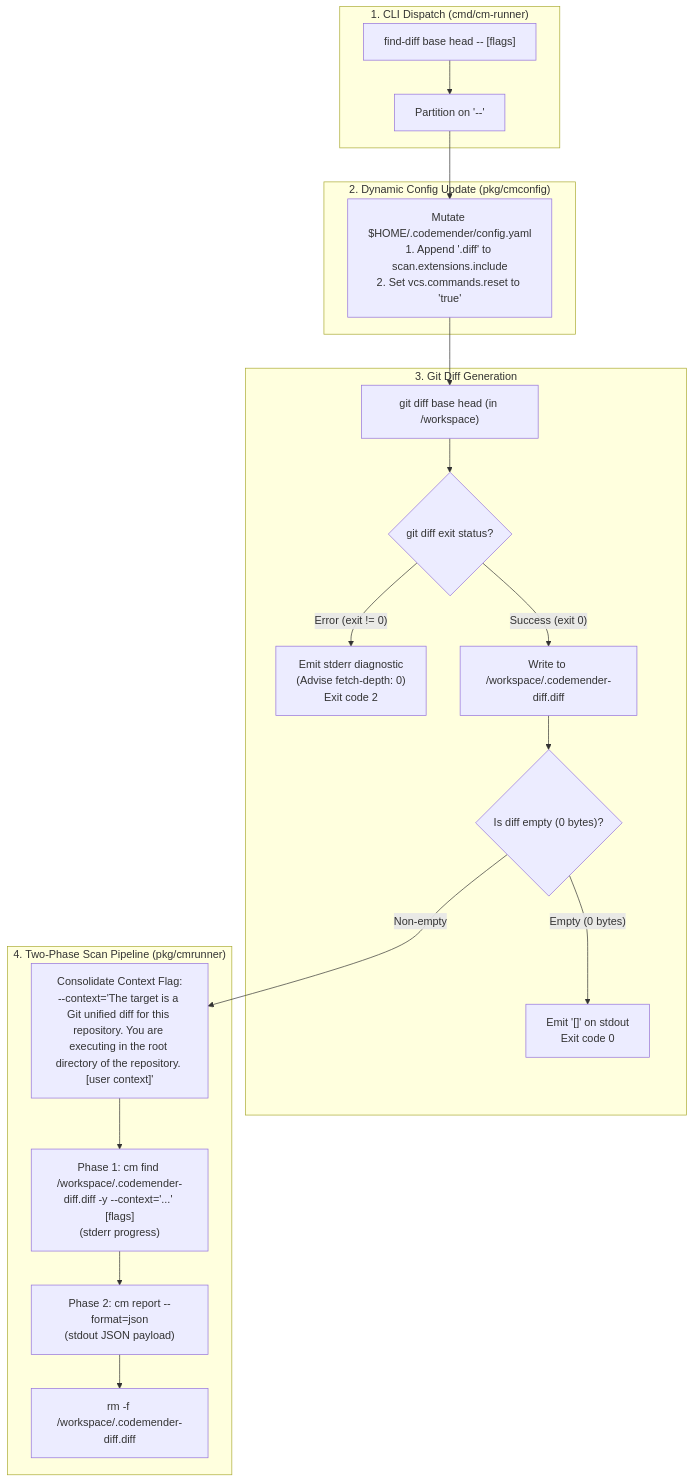
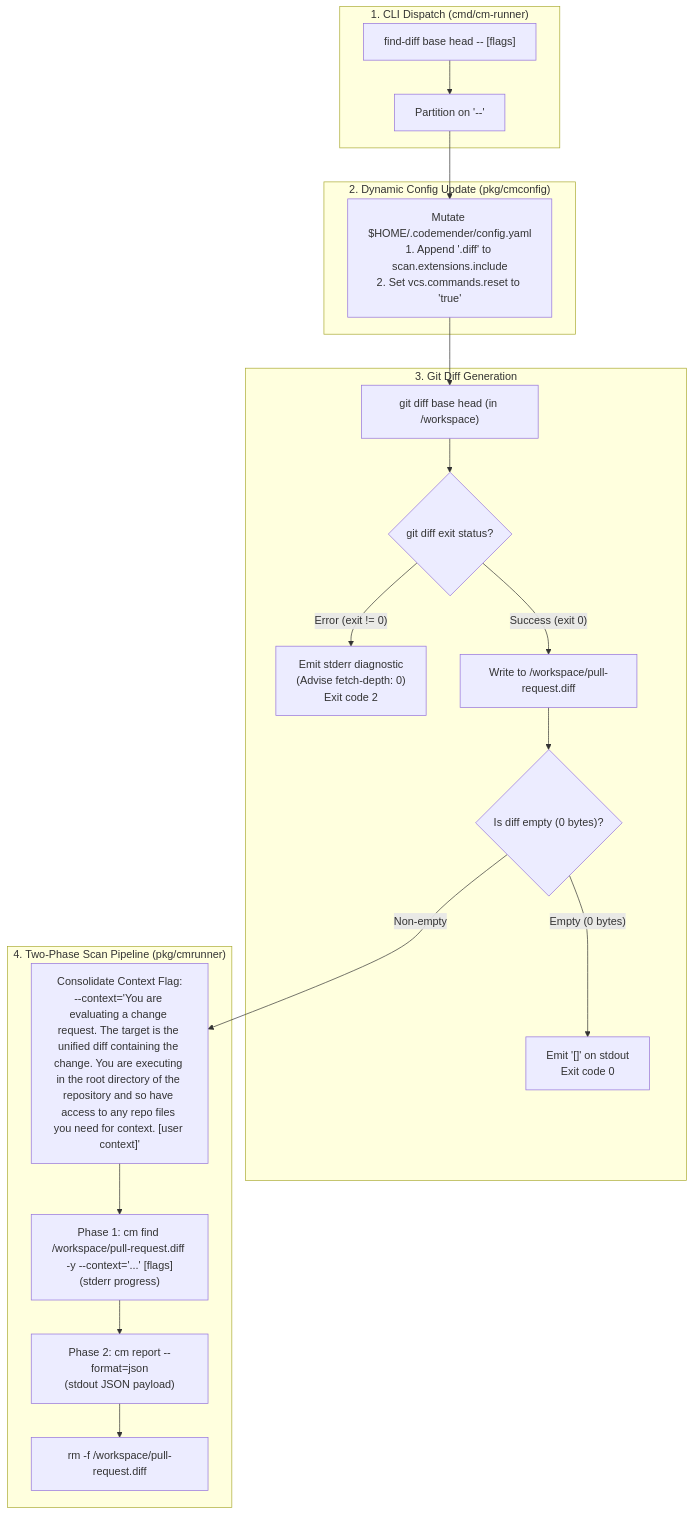
The first of 2 diagrams in adrs/ADR-0007.md (cledoux/cm-connect), drawn with Mermaid before and after one commit. The commit also changed other lines of this file and 6 other files, not shown here.

First line of the commit message:
fix(runner): address PR review comments for diff filename, context prompt, and DisableReset helper

````diff
--- a/adrs/ADR-0007.md
+++ b/adrs/ADR-0007.md
@@ -157,35 +157,35 @@
 ```mermaid
 flowchart TD
     subgraph Input["1. CLI Dispatch (cmd/cm-runner)"]
         RawArgs["find-diff base head -- [flags]"]
         Partition["Partition on '--'"]
     end
 
     subgraph Config["2. Dynamic Config Update (pkg/cmconfig)"]
         Mutate["Mutate $HOME/.codemender/config.yaml<br>1. Append '.diff' to scan.extensions.include<br>2. Set vcs.commands.reset to 'true'"]
     end
 
     subgraph DiffGen["3. Git Diff Generation"]
         GitExec["git diff base head (in /workspace)"]
         GitCheck{"git diff exit status?"}
         GitError["Emit stderr diagnostic<br>(Advise fetch-depth: 0)<br>Exit code 2"]
-        WriteScratch["Write to /workspace/.codemender-diff.diff"]
+        WriteScratch["Write to /workspace/pull-request.diff"]
         EmptyCheck{"Is diff empty (0 bytes)?"}
         FastExit["Emit '[]' on stdout<br>Exit code 0"]
     end
 
     subgraph Execution["4. Two-Phase Scan Pipeline (pkg/cmrunner)"]
-        PromptPrep["Consolidate Context Flag:<br>--context='The target is a Git unified diff for this repository. You are executing in the root directory of the repository. [user context]'"]
-        Phase1["Phase 1: cm find /workspace/.codemender-diff.diff -y --context='...' [flags]<br>(stderr progress)"]
+        PromptPrep["Consolidate Context Flag:<br>--context='You are evaluating a change request. The target is the unified diff containing the change. You are executing in the root directory of the repository and so have access to any repo files you need for context. [user context]'"]
+        Phase1["Phase 1: cm find /workspace/pull-request.diff -y --context='...' [flags]<br>(stderr progress)"]
         Phase2["Phase 2: cm report --format=json<br>(stdout JSON payload)"]
-        Cleanup["rm -f /workspace/.codemender-diff.diff"]
+        Cleanup["rm -f /workspace/pull-request.diff"]
     end
 
     RawArgs --> Partition
     Partition --> Mutate
     Mutate --> GitExec --> GitCheck
     GitCheck -->|"Error (exit != 0)"| GitError
     GitCheck -->|"Success (exit 0)"| WriteScratch --> EmptyCheck
     EmptyCheck -->|"Empty (0 bytes)"| FastExit
     EmptyCheck -->|"Non-empty"| PromptPrep --> Phase1 --> Phase2 --> Cleanup
 ```
````
